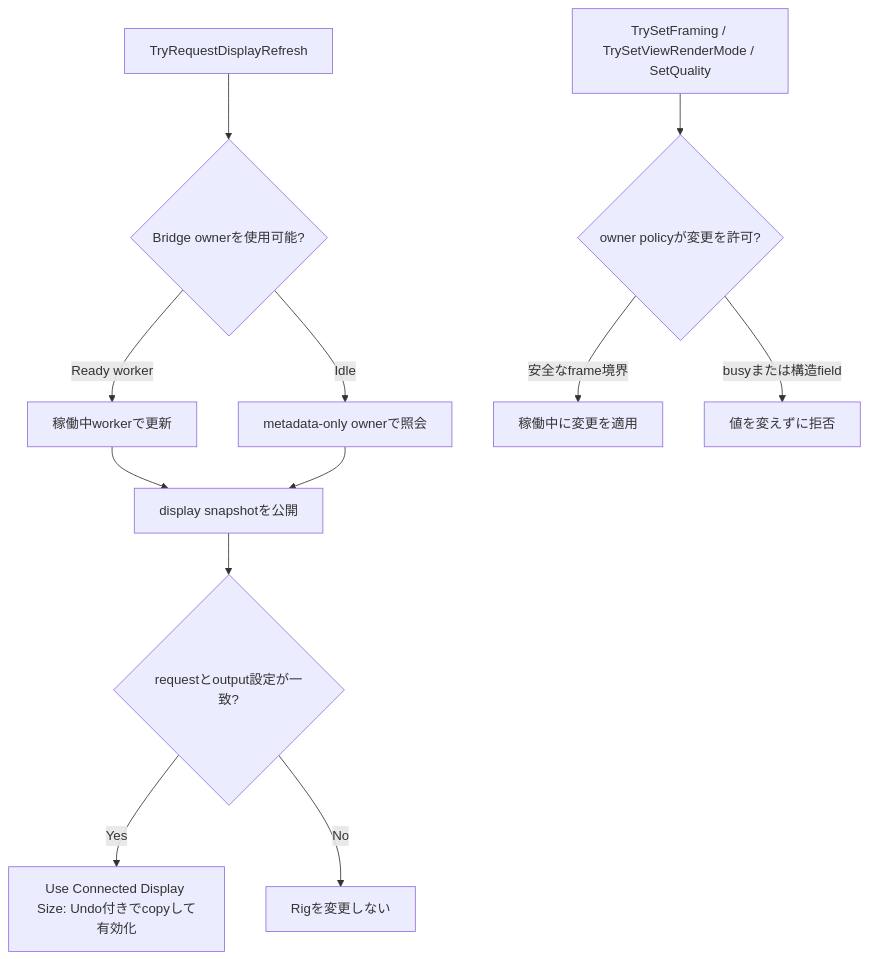
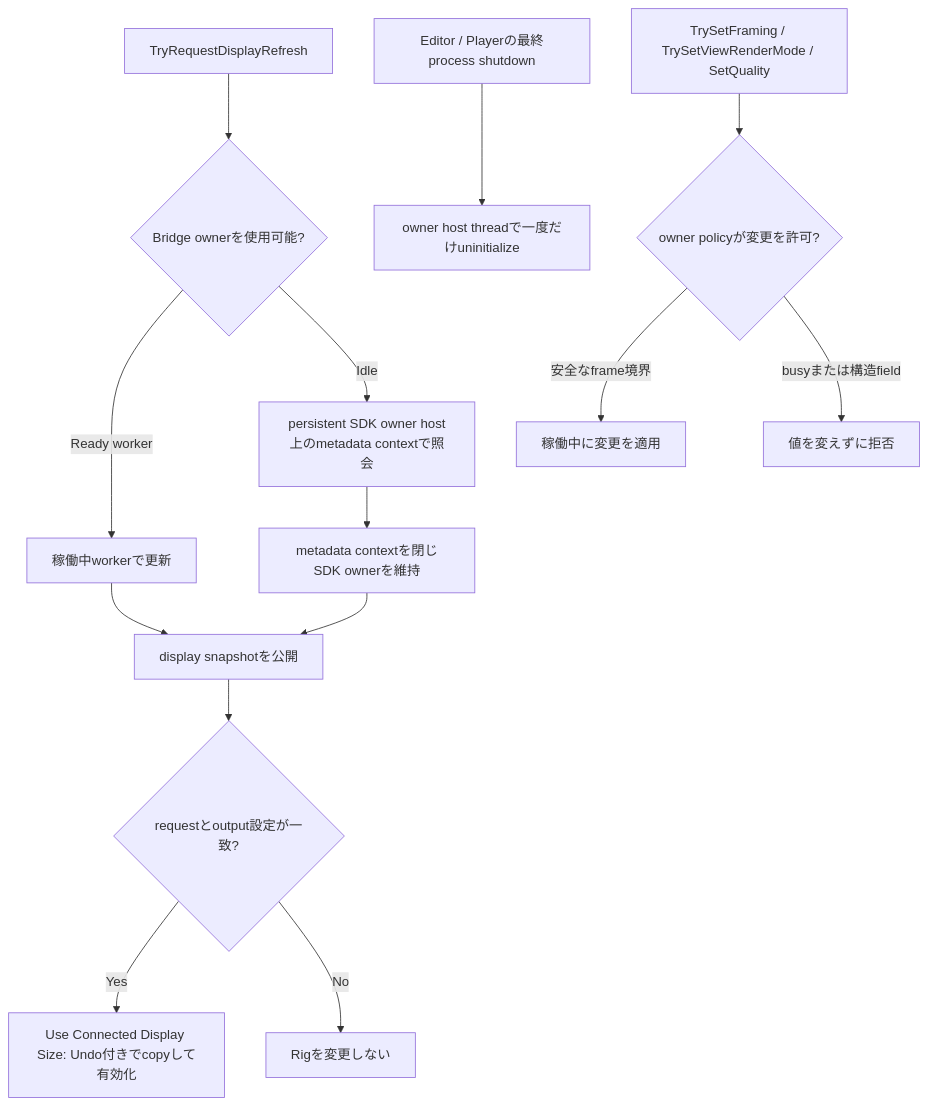
One commit to zabaglione/ViewWeave changed the second of 3 diagrams in docs/ja/quilt-authoring.md. Above: the diagram before and after it, drawn with Mermaid. The commit also changed other lines of this file and 35 other files, not shown here.

Commit message:
fix: retain Bridge SDK ownership across metadata refresh

````diff
--- a/docs/ja/quilt-authoring.md
+++ b/docs/ja/quilt-authoring.md
@@ -60,14 +62,16 @@
 ```mermaid
 flowchart TB
     Refresh["TryRequestDisplayRefresh"] --> Owner{"Bridge ownerを使用可能?"}
     Owner -->|Ready worker| Live["稼働中workerで更新"]
-    Owner -->|Idle| Metadata["metadata-only ownerで照会"]
+    Owner -->|Idle| Metadata["persistent SDK owner host上のmetadata contextで照会"]
     Live --> Snapshot["display snapshotを公開"]
-    Metadata --> Snapshot
+    Metadata --> ContextClose["metadata contextを閉じSDK ownerを維持"]
+    ContextClose --> Snapshot
+    ProcessExit["Editor / Playerの最終process shutdown"] --> Uninitialize["owner host threadで一度だけuninitialize"]
     Snapshot --> Match{"requestとoutput設定が一致?"}
     Match -->|Yes| Apply["Use Connected Display Size: Undo付きでcopyして有効化"]
     Match -->|No| Keep["Rigを変更しない"]
     Mutate["TrySetFraming / TrySetViewRenderMode / SetQuality"] --> Policy{"owner policyが変更を許可?"}
     Policy -->|安全なframe境界| ApplyLive["稼働中に変更を適用"]
     Policy -->|busyまたは構造field| Reject["値を変えずに拒否"]
 ```
````
